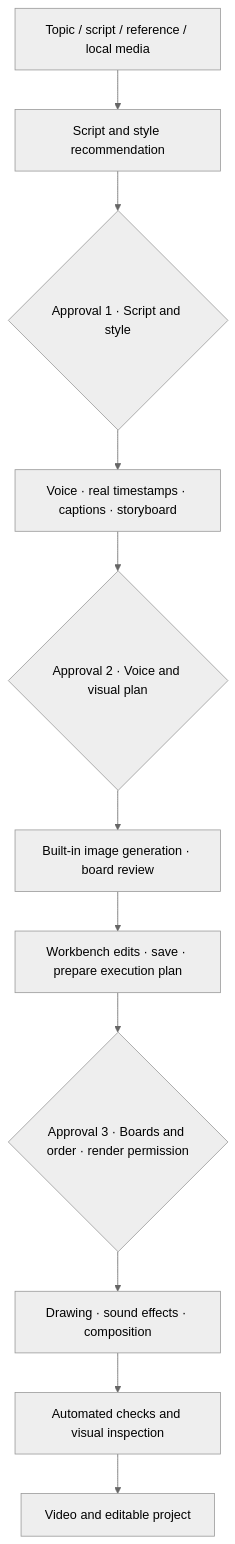
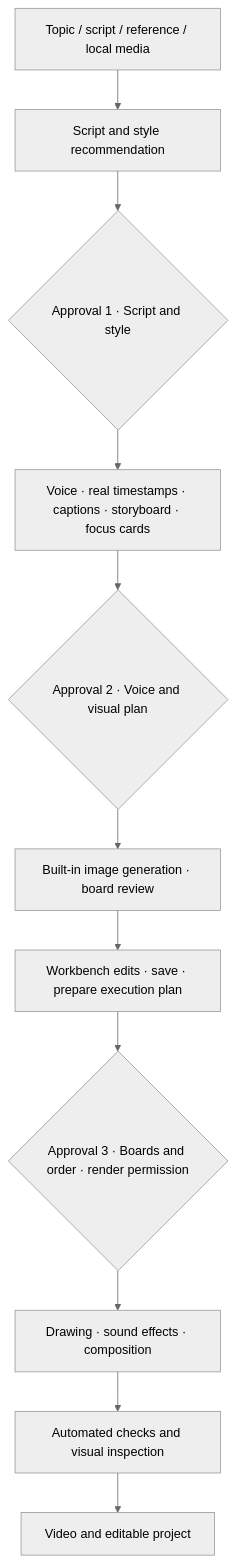
Before and after one commit to qingyabailu-git/SketchNarrator: the second of 2 diagrams in README.md, drawn with Mermaid (neutral theme). The commit also changed other lines of this file and 17 other files, not shown here.

````diff
--- a/README.md
+++ b/README.md
@@ -222,13 +224,13 @@
 ```mermaid
 flowchart TD
     A[Topic / script / reference / local media] --> B[Script and style recommendation]
     B --> C{Approval 1 · Script and style}
-    C --> D[Voice · real timestamps · captions · storyboard]
+    C --> D[Voice · real timestamps · captions · storyboard · focus cards]
     D --> E{Approval 2 · Voice and visual plan}
     E --> F[Built-in image generation · board review]
     F --> G[Workbench edits · save · prepare execution plan]
     G --> H{Approval 3 · Boards and order · render permission}
     H --> I[Drawing · sound effects · composition]
     I --> J[Automated checks and visual inspection]
     J --> K[Video and editable project]
 ```
````
